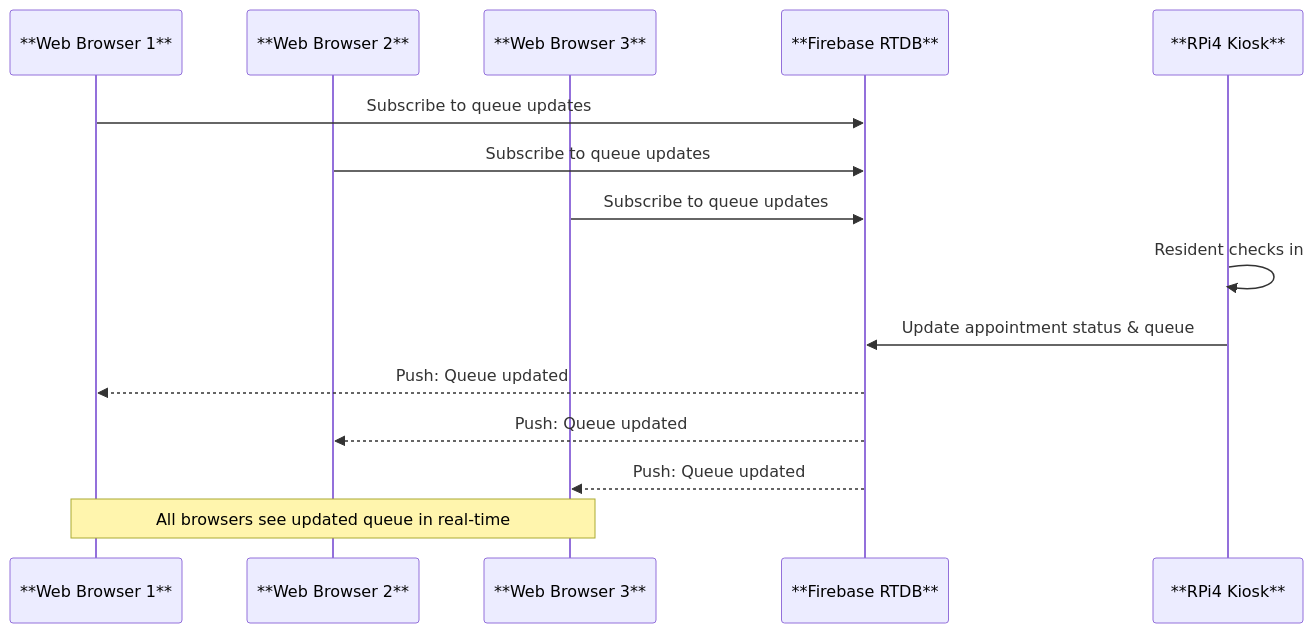
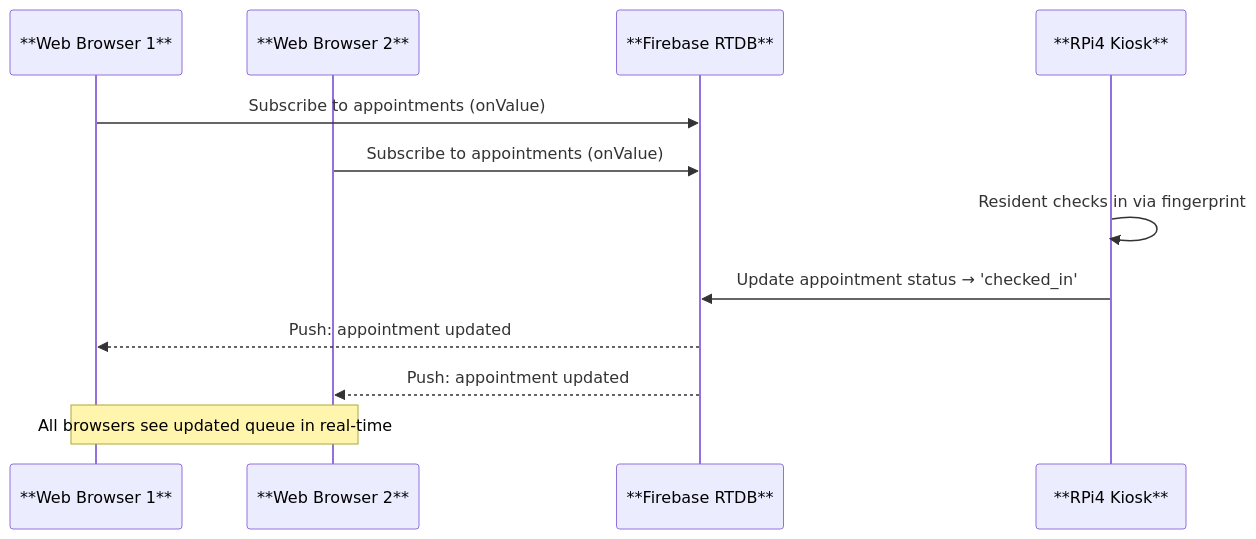
One commit to qppd/smart-appointment-scheduling-kiosk changed the sixth of 12 diagrams in docs/flow-diagrams.md. Above: the diagram before and after it, drawn with Mermaid. The commit also changed other lines of this file and 62 other files, not shown here.

````diff
--- a/docs/flow-diagrams.md
+++ b/docs/flow-diagrams.md
@@ -163,18 +200,15 @@
 ```mermaid
 sequenceDiagram
     participant WB1 as **Web Browser 1**
     participant WB2 as **Web Browser 2**
-    participant WB3 as **Web Browser 3**
     participant DB as **Firebase RTDB**
     participant KIOSK as **RPi4 Kiosk**
 
-    WB1 ->> DB: Subscribe to queue updates
-    WB2 ->> DB: Subscribe to queue updates
-    WB3 ->> DB: Subscribe to queue updates
-    KIOSK ->> KIOSK: Resident checks in
-    KIOSK ->> DB: Update appointment status & queue
-    DB -->> WB1: Push: Queue updated
-    DB -->> WB2: Push: Queue updated
-    DB -->> WB3: Push: Queue updated
-    Note over WB1,WB3: All browsers see updated queue in real-time
+    WB1 ->> DB: Subscribe to appointments (onValue)
+    WB2 ->> DB: Subscribe to appointments (onValue)
+    KIOSK ->> KIOSK: Resident checks in via fingerprint
+    KIOSK ->> DB: Update appointment status → 'checked_in'
+    DB -->> WB1: Push: appointment updated
+    DB -->> WB2: Push: appointment updated
+    Note over WB1,WB2: All browsers see updated queue in real-time
 ```
````
